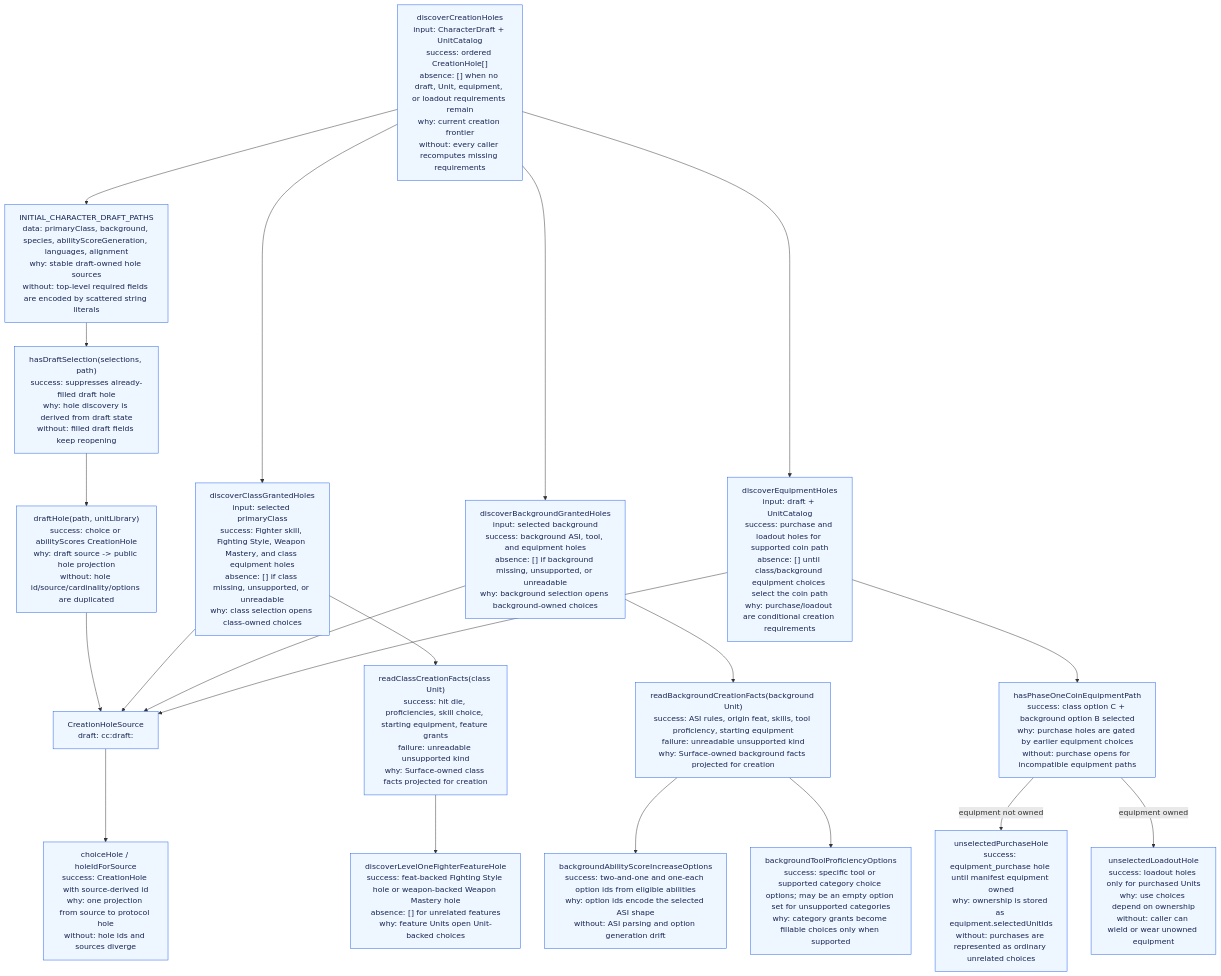
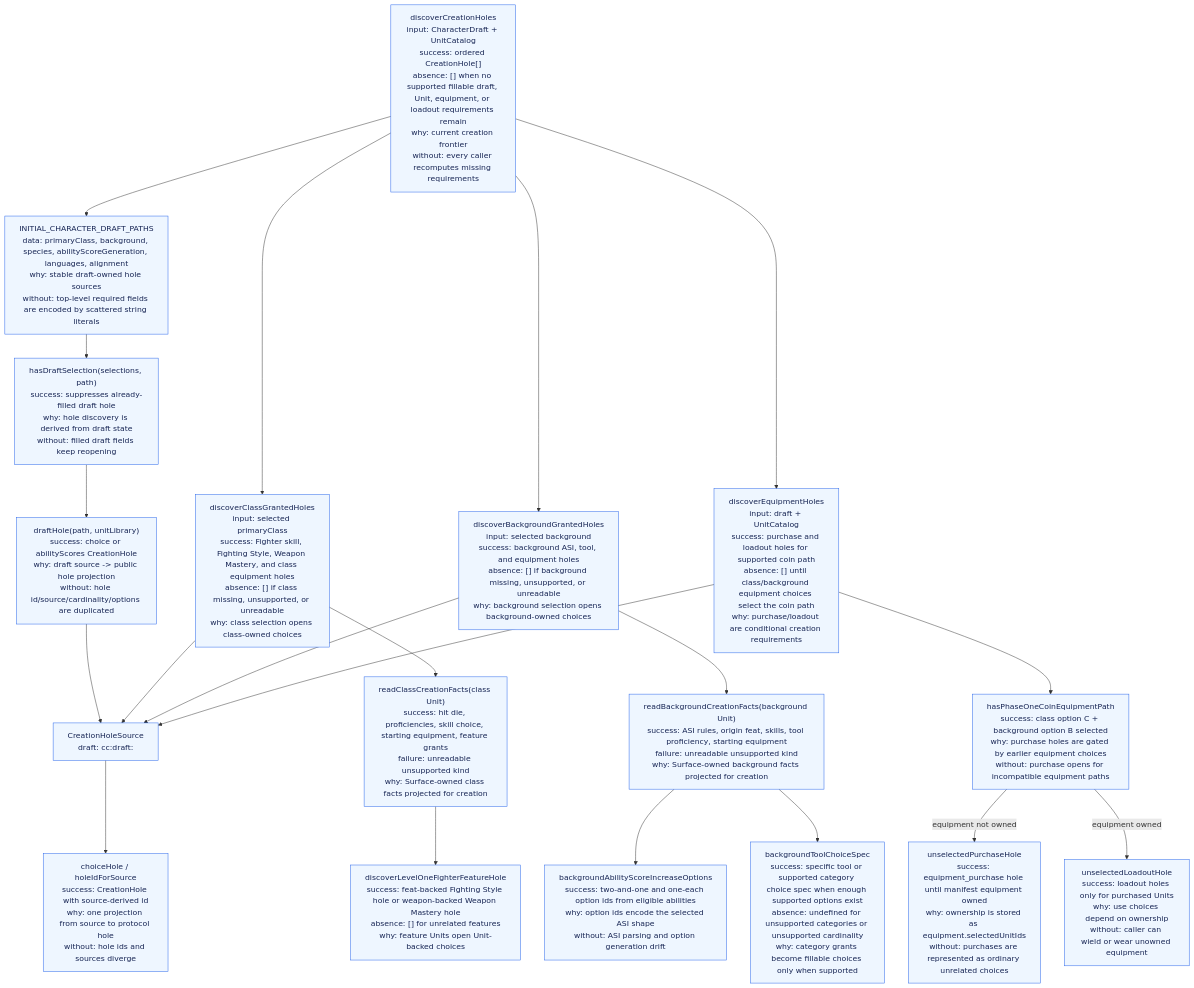
The second of 3 diagrams in packages/character-creation-runtime/ARCHITECTURE_GRAPH.md (dearlordylord/5e-quint), drawn with Mermaid before and after one commit. The commit also changed other lines of this file and 3 other files, not shown here.

Commit message:
Address character creation review findings

````diff
--- a/packages/character-creation-runtime/ARCHITECTURE_GRAPH.md
+++ b/packages/character-creation-runtime/ARCHITECTURE_GRAPH.md
@@ -83,41 +83,41 @@
 ```mermaid
 flowchart TD
-  Discover["discoverCreationHoles<br/>input: CharacterDraft + UnitCatalog<br/>success: ordered CreationHole[]<br/>absence: [] when no draft, Unit, equipment, or loadout requirements remain<br/>why: current creation frontier<br/>without: every caller recomputes missing requirements"]
+  Discover["discoverCreationHoles<br/>input: CharacterDraft + UnitCatalog<br/>success: ordered CreationHole[]<br/>absence: [] when no supported fillable draft, Unit, equipment, or loadout requirements remain<br/>why: current creation frontier<br/>without: every caller recomputes missing requirements"]
   DraftPaths["INITIAL_CHARACTER_DRAFT_PATHS<br/>data: primaryClass, background, species, abilityScoreGeneration, languages, alignment<br/>why: stable draft-owned hole sources<br/>without: top-level required fields are encoded by scattered string literals"]
   DraftHole["draftHole(path, unitLibrary)<br/>success: choice or abilityScores CreationHole<br/>why: draft source -> public hole projection<br/>without: hole id/source/cardinality/options are duplicated"]
   HasDraftSelection["hasDraftSelection(selections, path)<br/>success: suppresses already-filled draft hole<br/>why: hole discovery is derived from draft state<br/>without: filled draft fields keep reopening"]
 
   ClassGranted["discoverClassGrantedHoles<br/>input: selected primaryClass<br/>success: Fighter skill, Fighting Style, Weapon Mastery, and class equipment holes<br/>absence: [] if class missing, unsupported, or unreadable<br/>why: class selection opens class-owned choices"]
   ReadClass["readClassCreationFacts(class Unit)<br/>success: hit die, proficiencies, skill choice, starting equipment, feature grants<br/>failure: unreadable unsupported kind<br/>why: Surface-owned class facts projected for creation"]
   FeatureHole["discoverLevelOneFighterFeatureHole<br/>success: feat-backed Fighting Style hole or weapon-backed Weapon Mastery hole<br/>absence: [] for unrelated features<br/>why: feature Units open Unit-backed choices"]
 
   BackgroundGranted["discoverBackgroundGrantedHoles<br/>input: selected background<br/>success: background ASI, tool, and equipment holes<br/>absence: [] if background missing, unsupported, or unreadable<br/>why: background selection opens background-owned choices"]
   ReadBackground["readBackgroundCreationFacts(background Unit)<br/>success: ASI rules, origin feat, skills, tool proficiency, starting equipment<br/>failure: unreadable unsupported kind<br/>why: Surface-owned background facts projected for creation"]
   BackgroundAsi["backgroundAbilityScoreIncreaseOptions<br/>success: two-and-one and one-each option ids from eligible abilities<br/>why: option ids encode the selected ASI shape<br/>without: ASI parsing and option generation drift"]
-  BackgroundTool["backgroundToolProficiencyOptions<br/>success: specific tool or supported category choice options; may be an empty option set for unsupported categories<br/>why: category grants become fillable choices only when supported"]
+  BackgroundTool["backgroundToolChoiceSpec<br/>success: specific tool or supported category choice spec when enough supported options exist<br/>absence: undefined for unsupported categories or unsupported cardinality<br/>why: category grants become fillable choices only when supported"]
 
   Equipment["discoverEquipmentHoles<br/>input: draft + UnitCatalog<br/>success: purchase and loadout holes for supported coin path<br/>absence: [] until class/background equipment choices select the coin path<br/>why: purchase/loadout are conditional creation requirements"]
   CoinPath["hasPhaseOneCoinEquipmentPath<br/>success: class option C + background option B selected<br/>why: purchase holes are gated by earlier equipment choices<br/>without: purchase opens for incompatible equipment paths"]
   Purchase["unselectedPurchaseHole<br/>success: equipment_purchase hole until manifest equipment owned<br/>why: ownership is stored as equipment.selectedUnitIds<br/>without: purchases are represented as ordinary unrelated choices"]
   Loadout["unselectedLoadoutHole<br/>success: loadout holes only for purchased Units<br/>why: use choices depend on ownership<br/>without: caller can wield or wear unowned equipment"]
 
   Source["CreationHoleSource<br/>draft: cc:draft:<path><br/>unit: cc:unit:<unit id>:<choice key><br/>why: semantic source address for stable hole ids<br/>without: hole identity is arbitrary display text"]
   ChoiceHole["choiceHole / holeIdForSource<br/>success: CreationHole with source-derived id<br/>why: one projection from source to protocol hole<br/>without: hole ids and sources diverge"]
 
   Discover --> DraftPaths --> HasDraftSelection --> DraftHole
   Discover --> ClassGranted --> ReadClass --> FeatureHole
   Discover --> BackgroundGranted --> ReadBackground
   ReadBackground --> BackgroundAsi
   ReadBackground --> BackgroundTool
   Discover --> Equipment --> CoinPath
   CoinPath -->|equipment not owned| Purchase
   CoinPath -->|equipment owned| Loadout
   DraftHole --> Source
   ClassGranted --> Source
   BackgroundGranted --> Source
   Equipment --> Source
   Source --> ChoiceHole
 
   classDef implemented fill:#eef6ff,stroke:#2563eb,color:#172554;
   class Discover,DraftPaths,DraftHole,HasDraftSelection,ClassGranted,ReadClass,FeatureHole,BackgroundGranted,ReadBackground,BackgroundAsi,BackgroundTool,Equipment,CoinPath,Purchase,Loadout,Source,ChoiceHole implemented;
 ```
````
